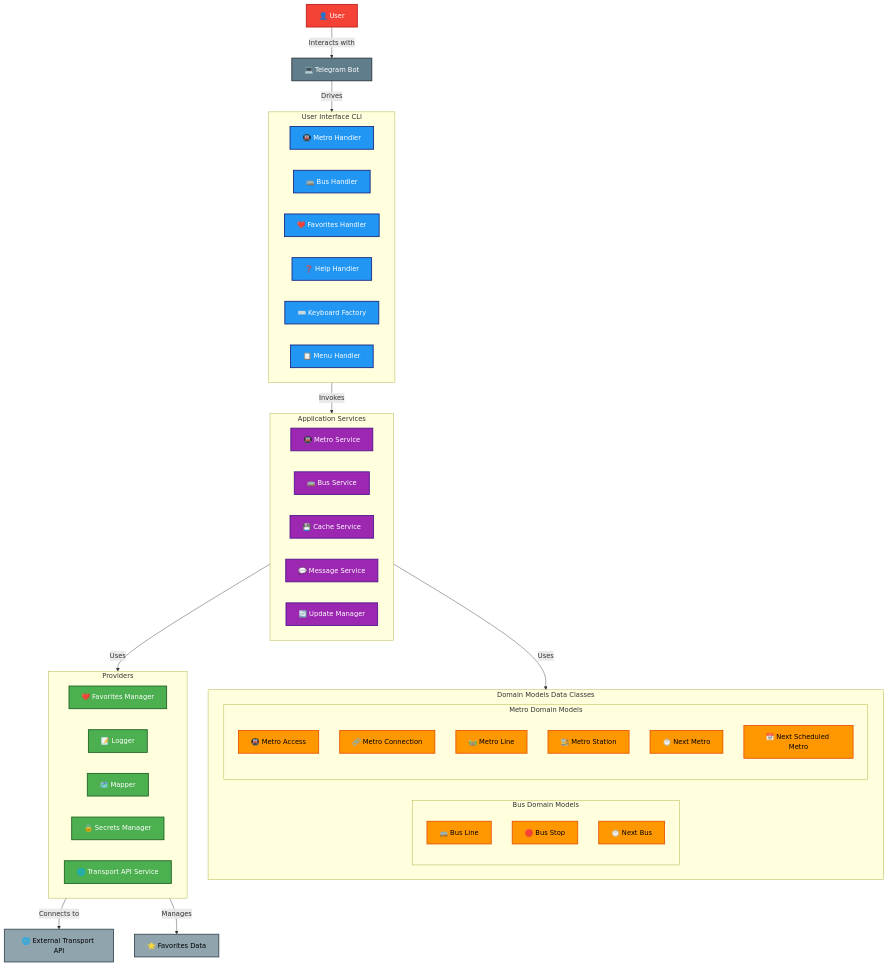
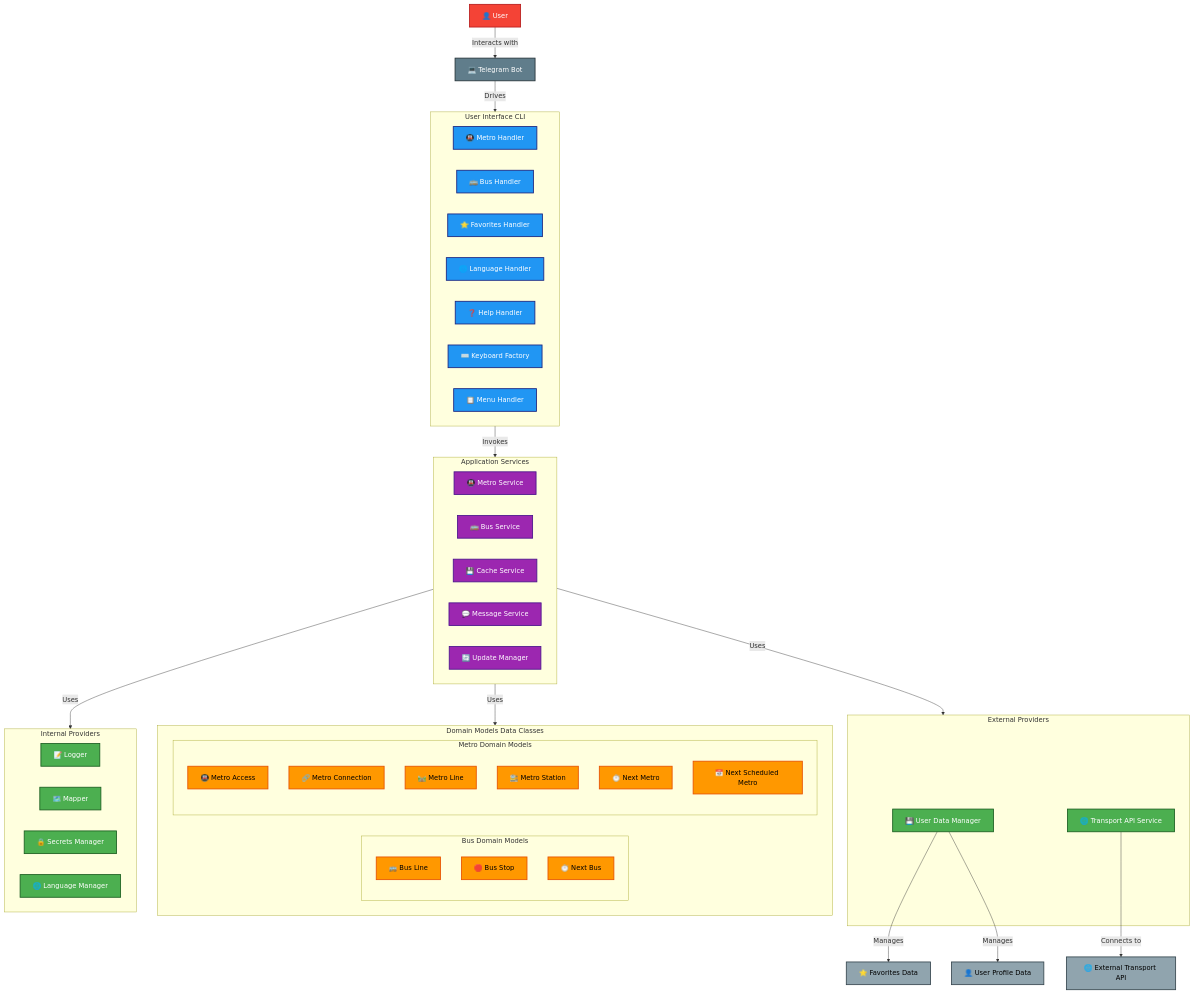
The diagram in README.md (mg-diego/BCN-Transit-Bot), drawn with Mermaid before and after one commit. The commit also changed other lines of this file, not shown here.

```diff
--- a/README.md
+++ b/README.md
@@ -70,21 +72,27 @@
     7["👤 User"]
     8["🌐 External Transport API"]
     9["⭐ Favorites Data"]
+    99["👤 User Profile Data"]
 
     subgraph 1["User Interface CLI"]
         31["🚇 Metro Handler"]
         32["🚌 Bus Handler"]
-        33["❤️ Favorites Handler"]
-        34["❓ Help Handler"]
-        35["⌨️ Keyboard Factory"]
-        36["📋 Menu Handler"]
+        33["⭐ Favorites Handler"]
+        34["🌐 Language Handler"]
+        35["❓ Help Handler"]
+        36["⌨️ Keyboard Factory"]
+        37["📋 Menu Handler"]
     end
 
-    subgraph 2["Providers"]
-        26["❤️ Favorites Manager"]
+    subgraph 2["Internal Providers"]
         27["📝 Logger"]
         28["🗺️ Mapper"]
         29["🔒 Secrets Manager"]
+        38["🌐 Language Manager"]
+    end
+
+    subgraph 98["External Providers"]
+        26["💾 User Data Manager"]
         30["🌐 Transport API Service"]
     end
 
@@ -115,10 +123,12 @@
     %% Edges
     10 -->|Drives| 1
     6 -->|Uses| 2
+    6 -->|Uses| 98
     6 -->|Uses| 3
     1 -->|Invokes| 6
-    2 -->|Connects to| 8
-    2 -->|Manages| 9
+    30 -->|Connects to| 8
+    26 -->|Manages| 9
+    26 -->|Manages| 99
     7 -->|Interacts with| 10
 
     %% Classes & Colors
@@ -131,11 +141,11 @@
     classDef actor fill:#f44336,color:#fff,stroke:#b71c1c,stroke-width:2px;
 
     %% Assign classes ONLY to internal boxes
-    class 31,32,33,34,35,36 ui;
-    class 26,27,28,29,30 providers;
+    class 31,32,33,34,35,36,37 ui;
+    class 26,27,28,29,30,38 providers;
     class 20,21,22,23,24,25,17,18,19 domain;
     class 11,12,13,14,15 services;
-    class 8,9 external;
+    class 8,9,99 external;
     class 10 cli;
     class 7 actor;
 
```
